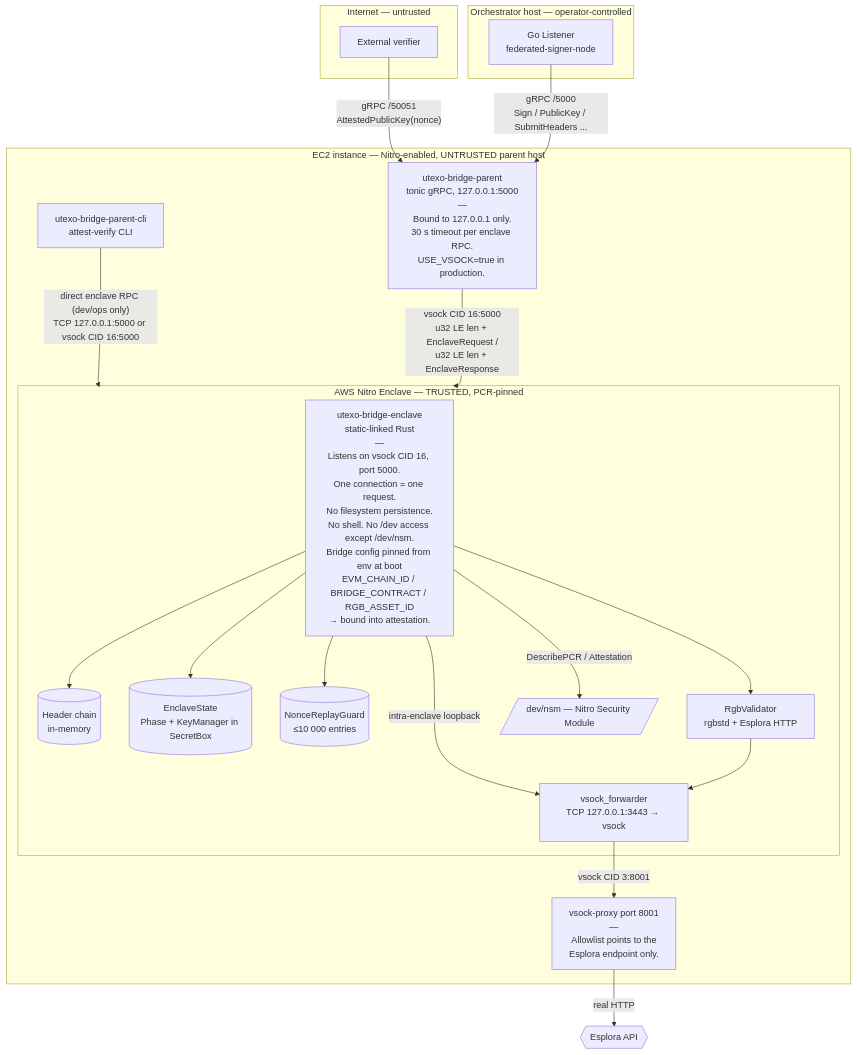
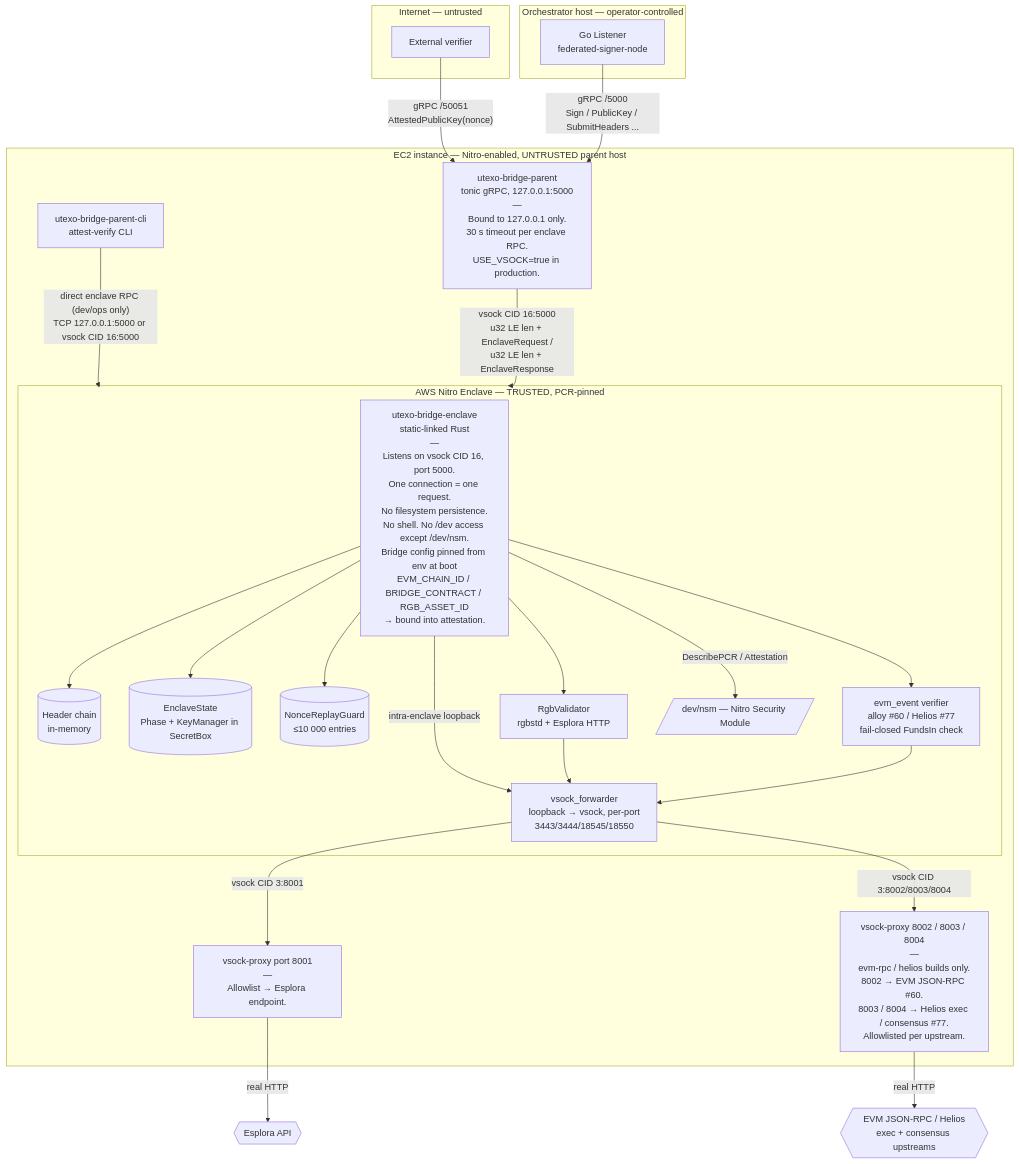
The diagram in docs/diagrams/02-deployment.md (UTEXO-Protocol/enclave-signer), drawn with Mermaid before and after one commit. The commit also changed other lines of this file and 23 other files, not shown here.

````diff
--- a/docs/diagrams/02-deployment.md
+++ b/docs/diagrams/02-deployment.md
@@ -3,44 +3,51 @@
 ```mermaid
 flowchart TB
     subgraph NET [Internet — untrusted]
         V[External verifier]
     end
 
     subgraph ORC [Orchestrator host — operator-controlled]
         L[Go Listener<br/>federated-signer-node]
     end
 
     subgraph EC2 [EC2 instance — Nitro-enabled, UNTRUSTED parent host]
         Parent[utexo-bridge-parent<br/>tonic gRPC, 127.0.0.1:5000<br/>―<br/>Bound to 127.0.0.1 only.<br/>30 s timeout per enclave RPC.<br/>USE_VSOCK=true in production.]
         Cli[utexo-bridge-parent-cli<br/>attest-verify CLI]
-        VP[vsock-proxy port 8001<br/>―<br/>Allowlist points to the<br/>Esplora endpoint only.]
+        VP[vsock-proxy port 8001<br/>―<br/>Allowlist → Esplora endpoint.]
+        VPe["vsock-proxy 8002 / 8003 / 8004<br/>―<br/>evm-rpc / helios builds only.<br/>8002 → EVM JSON-RPC #60.<br/>8003 / 8004 → Helios exec / consensus #77.<br/>Allowlisted per upstream."]
 
         subgraph ENCL [AWS Nitro Enclave — TRUSTED, PCR-pinned]
             Bin[utexo-bridge-enclave<br/>static-linked Rust<br/>―<br/>Listens on vsock CID 16, port 5000.<br/>One connection = one request.<br/>No filesystem persistence.<br/>No shell. No /dev access except /dev/nsm.<br/>Bridge config pinned from env at boot<br/>EVM_CHAIN_ID / BRIDGE_CONTRACT / RGB_ASSET_ID<br/>→ bound into attestation.]
             Headers[(Header chain<br/>in-memory)]
             State[(EnclaveState<br/>Phase + KeyManager in SecretBox)]
             Replay[(NonceReplayGuard<br/>≤10 000 entries)]
-            Fwd[vsock_forwarder<br/>TCP 127.0.0.1:3443 → vsock]
+            Fwd[vsock_forwarder<br/>loopback → vsock, per-port<br/>3443/3444/18545/18550]
             RgbVal[RgbValidator<br/>rgbstd + Esplora HTTP]
+            EvmVer[evm_event verifier<br/>alloy #60 / Helios #77<br/>fail-closed FundsIn check]
             NSM[/dev/nsm — Nitro Security Module/]
         end
     end
 
     Esp{{Esplora API}}
+    EvmRpc{{EVM JSON-RPC / Helios<br/>exec + consensus upstreams}}
 
     V -->|"gRPC /50051<br/>AttestedPublicKey(nonce)"| Parent
     L -->|"gRPC /5000<br/>Sign / PublicKey / SubmitHeaders ..."| Parent
     Cli -->|"direct enclave RPC (dev/ops only)<br/>TCP 127.0.0.1:5000 or vsock CID 16:5000"| ENCL
 
     Parent -->|"vsock CID 16:5000<br/>u32 LE len + EnclaveRequest /<br/>u32 LE len + EnclaveResponse"| ENCL
 
     Bin --> State
     Bin --> Replay
     Bin --> Headers
     Bin --> RgbVal
+    Bin --> EvmVer
     Bin -->|"DescribePCR / Attestation"| NSM
     Bin -->|"intra-enclave loopback"| Fwd
     RgbVal --> Fwd
+    EvmVer --> Fwd
     Fwd -->|"vsock CID 3:8001"| VP
+    Fwd -->|"vsock CID 3:8002/8003/8004"| VPe
     VP -->|"real HTTP"| Esp
+    VPe -->|"real HTTP"| EvmRpc
 ```
````
